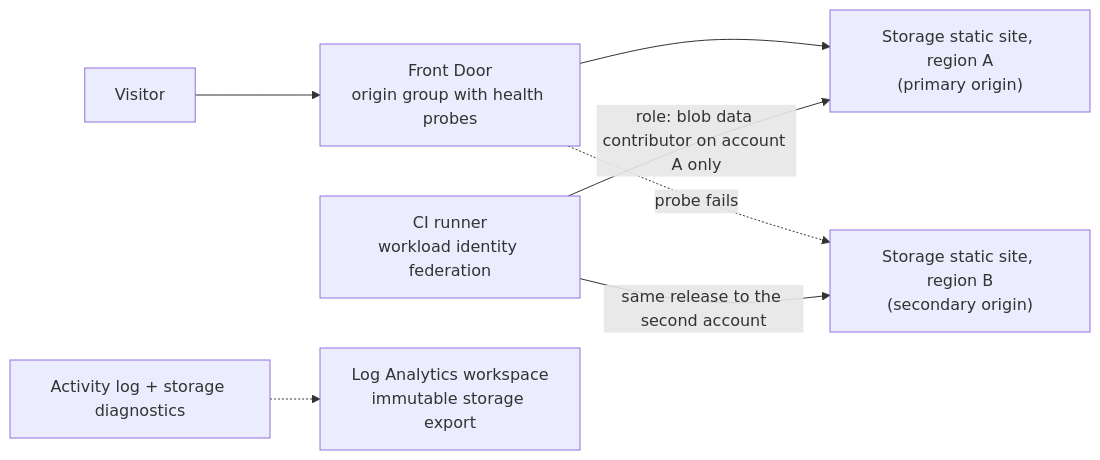
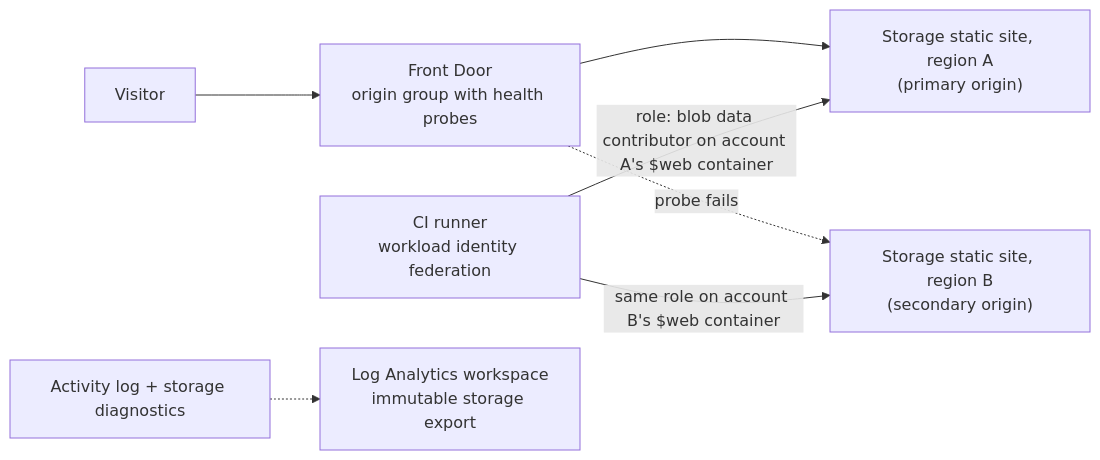
One commit to skycole/recovery-drill changed the second of 2 diagrams in docs/ARCHITECTURE.md. Above: the diagram before and after it, drawn with Mermaid. The commit also changed other lines of this file and 2 other files, not shown here.

````diff
--- a/docs/ARCHITECTURE.md
+++ b/docs/ARCHITECTURE.md
@@ -48,9 +50,9 @@
 ```mermaid
 flowchart LR
   user["Visitor"] --> fd["Front Door<br/>origin group with health probes"]
   fd --> sta["Storage static site, region A<br/>(primary origin)"]
   fd -.->|"probe fails"| stb["Storage static site, region B<br/>(secondary origin)"]
-  ci["CI runner<br/>workload identity federation"] -->|"role: blob data contributor on account A only"| sta
-  ci -->|"same release to the second account"| stb
+  ci["CI runner<br/>workload identity federation"] -->|"role: blob data contributor on account A's $web container"| sta
+  ci -->|"same role on account B's $web container"| stb
   act["Activity log + storage diagnostics"] -.-> law["Log Analytics workspace<br/>immutable storage export"]
 ```
````
